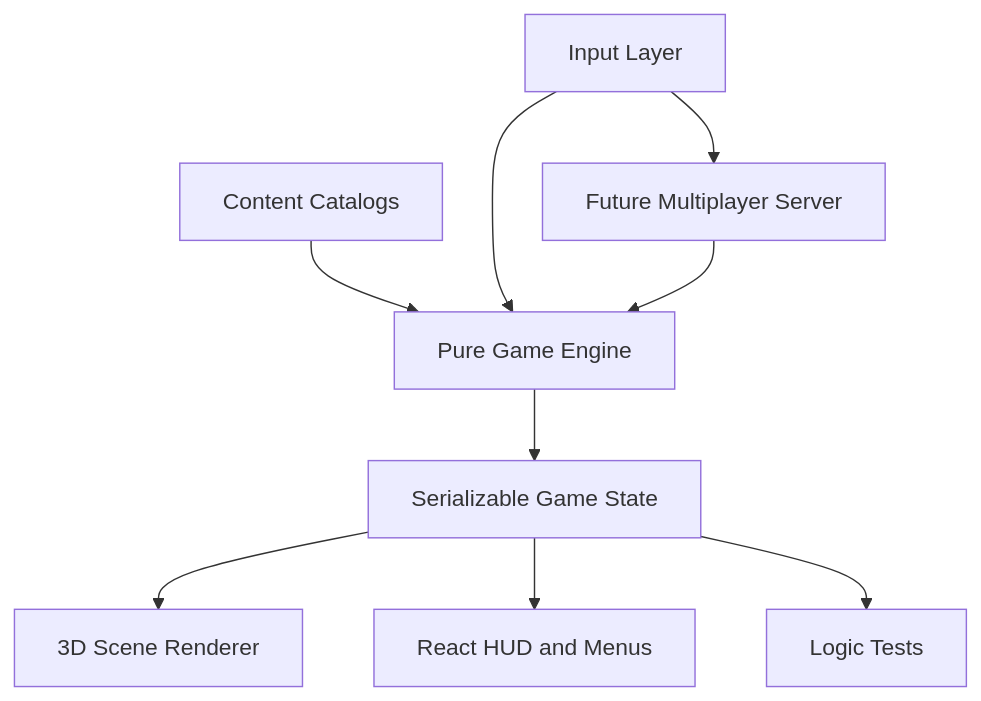
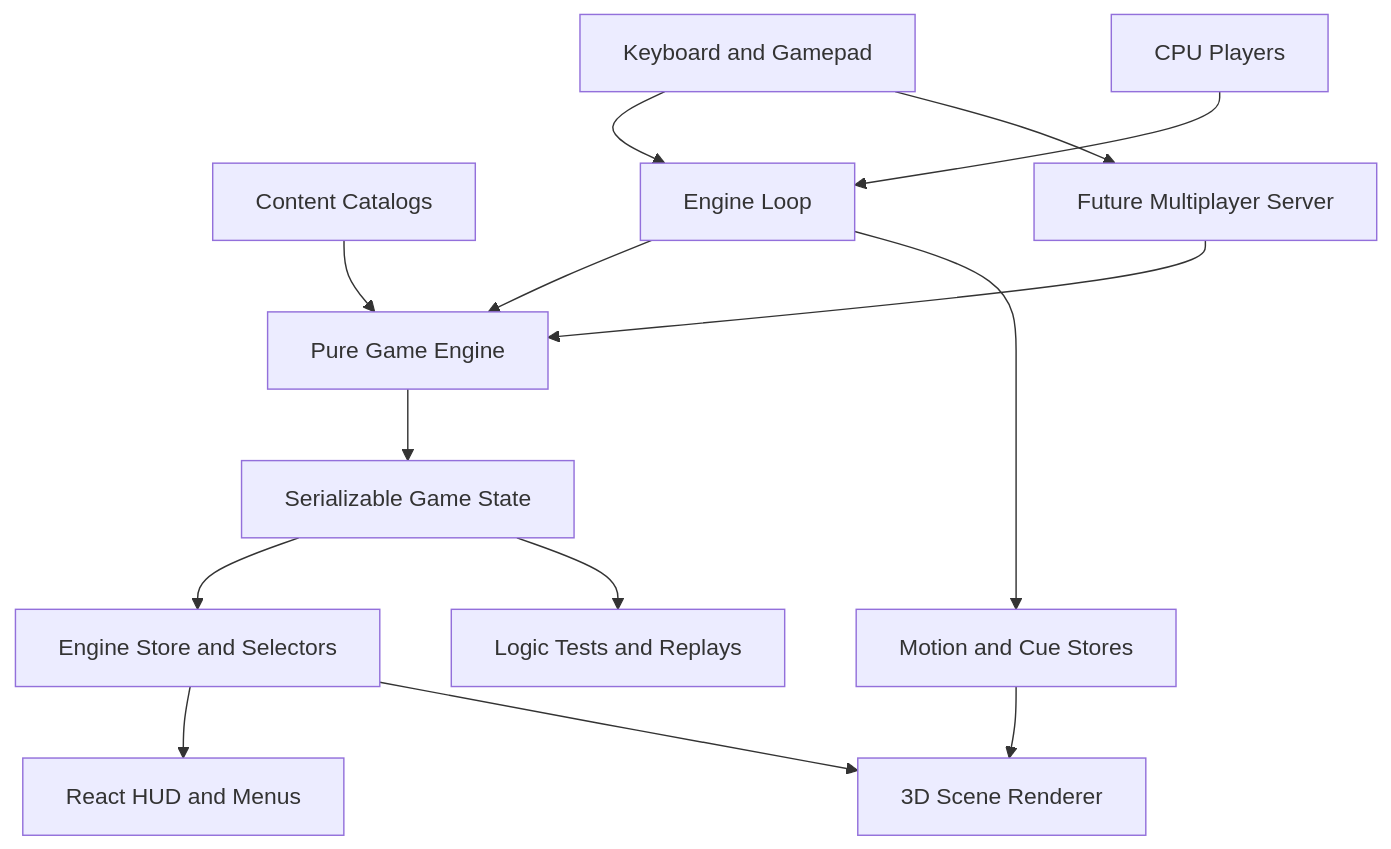
The diagram in docs/ARCHITECTURE.md (alidin000/Bomberman), drawn with Mermaid before and after one commit. The commit also changed other lines of this file and 1 other file, not shown here.

First line of the commit message:
Document the current stack, architecture and how we keep it smooth

````diff
--- a/docs/ARCHITECTURE.md
+++ b/docs/ARCHITECTURE.md
@@ -7,11 +12,16 @@
 ```mermaid
 flowchart TD
   contentCatalogs[Content Catalogs] --> gameEngine[Pure Game Engine]
-  inputLayer[Input Layer] --> gameEngine
+  inputLayer[Keyboard and Gamepad] --> engineLoop[Engine Loop]
+  cpuPlayers[CPU Players] --> engineLoop
+  engineLoop --> gameEngine
   gameEngine --> gameState[Serializable Game State]
-  gameState --> threeScene[3D Scene Renderer]
-  gameState --> hudUi[React HUD and Menus]
-  gameState --> tests[Logic Tests]
+  engineLoop --> motionCues[Motion and Cue Stores]
+  gameState --> engineStore[Engine Store and Selectors]
+  engineStore --> hudUi[React HUD and Menus]
+  engineStore --> threeScene[3D Scene Renderer]
+  motionCues --> threeScene
+  gameState --> tests[Logic Tests and Replays]
   futureNetwork[Future Multiplayer Server] --> gameEngine
   inputLayer --> futureNetwork
 ```
````
